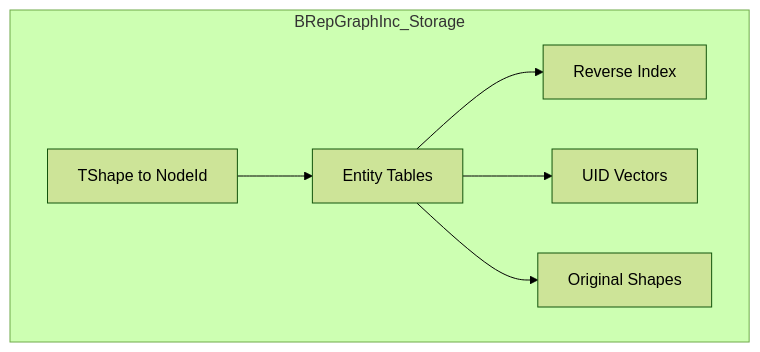
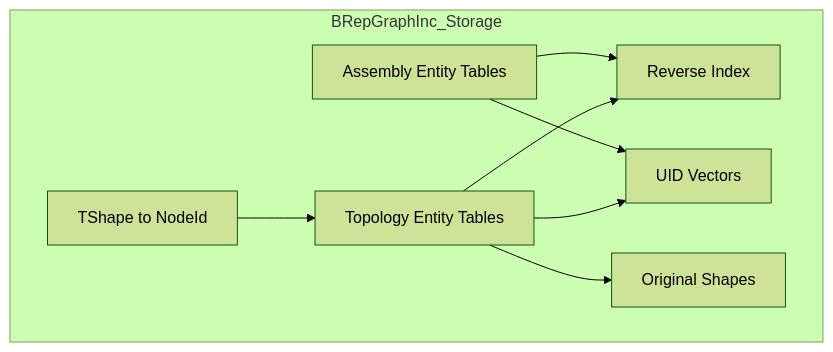
One commit to Open-Cascade-SAS/OCCT changed the second of 6 diagrams in src/ModelingData/TKBRep/BRepGraphInc/ARCHITECTURE.md. Above: the diagram before and after it, drawn with Mermaid (forest theme). The commit also changed other lines of this file and 27 other files, not shown here.

````diff
--- a/src/ModelingData/TKBRep/BRepGraphInc/ARCHITECTURE.md
+++ b/src/ModelingData/TKBRep/BRepGraphInc/ARCHITECTURE.md
@@ -21,15 +21,18 @@
 ```mermaid
 flowchart TB
   subgraph Storage[BRepGraphInc_Storage]
-    E[Entity Tables]
+    E[Topology Entity Tables]
+    AS[Assembly Entity Tables]
     RX[Reverse Index]
     TM[TShape to NodeId]
     OR[Original Shapes]
     UID[UID Vectors]
   end
 
   E --> RX
+  AS --> RX
   E --> UID
+  AS --> UID
   E --> OR
   TM --> E
 ```
````
